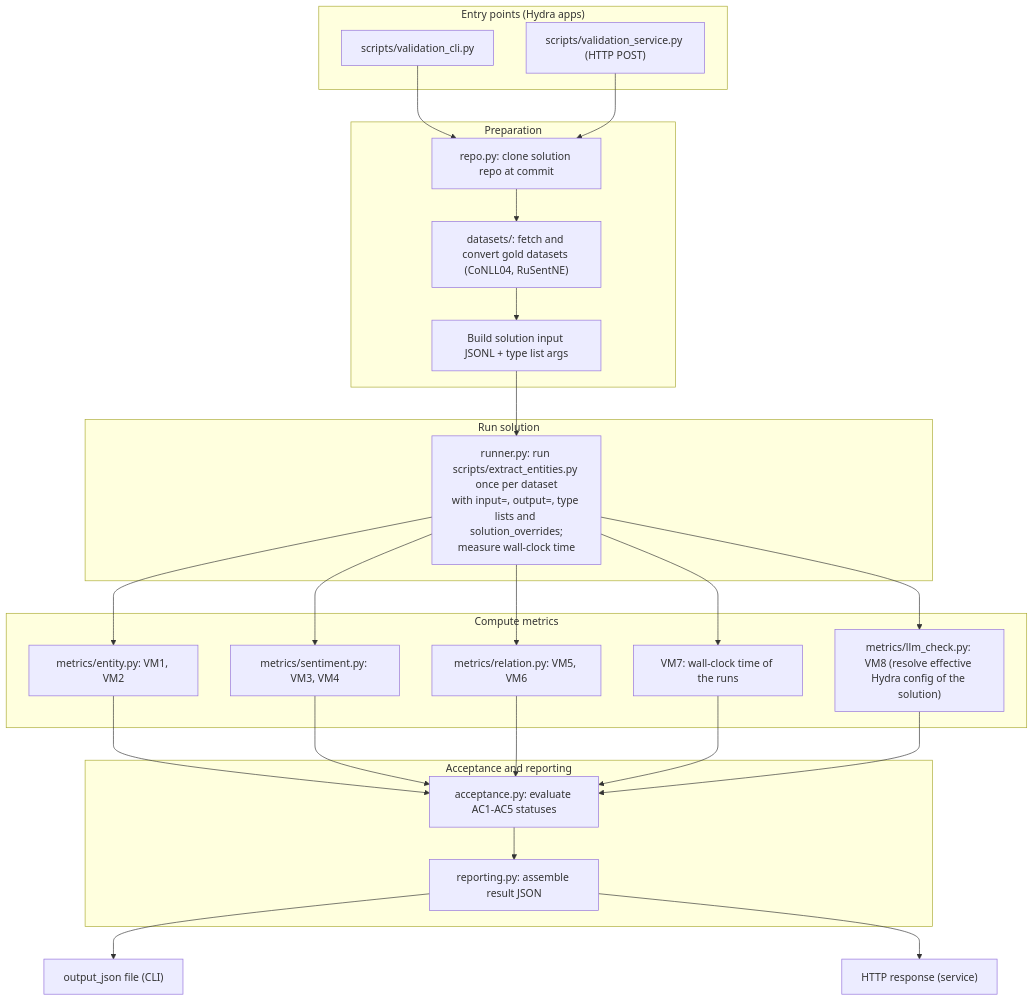
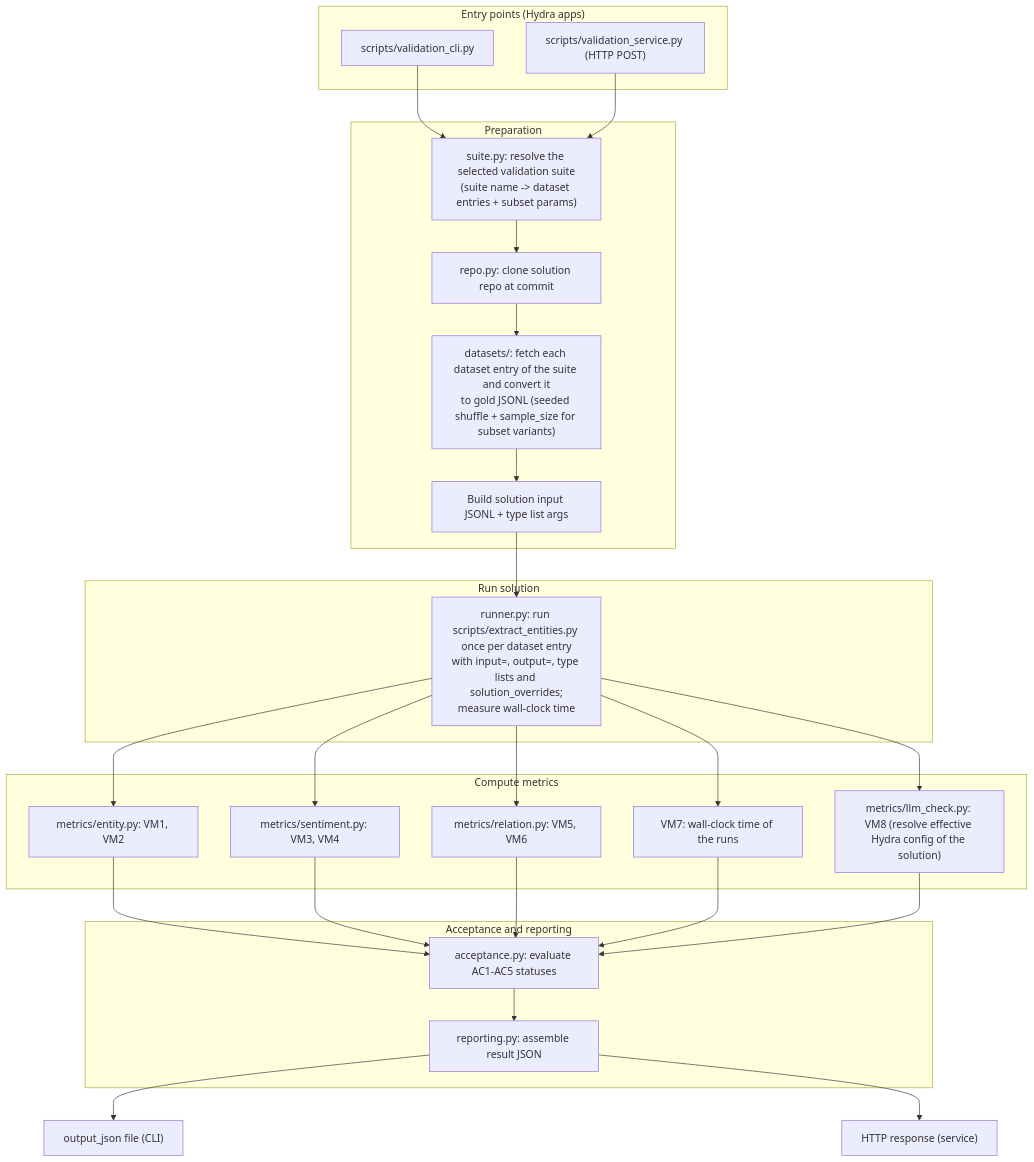
Before and after one commit to anton-pershin/entity-processing-validation: the first of 2 diagrams in .internal/validation-spec.md, drawn with Mermaid. The commit also changed other lines of this file and 22 other files, not shown here.

Commit message:
Add validation suites (full-scale and small-scale datasets)

````diff
--- a/.internal/validation-spec.md
+++ b/.internal/validation-spec.md
@@ -92,38 +113,39 @@
 ```mermaid
 flowchart TD
     subgraph Entry["Entry points (Hydra apps)"]
         C["scripts/validation_cli.py"]
         H["scripts/validation_service.py (HTTP POST)"]
     end
 
     subgraph Prep["Preparation"]
+        P0["suite.py: resolve the selected validation suite<br/>(suite name -> dataset entries + subset params)"]
         P1["repo.py: clone solution repo at commit"]
-        P2["datasets/: fetch and convert gold datasets (CoNLL04, RuSentNE)"]
+        P2["datasets/: fetch each dataset entry of the suite and convert it<br/>to gold JSONL (seeded shuffle + sample_size for subset variants)"]
         P3["Build solution input JSONL + type list args"]
     end
 
     subgraph Run["Run solution"]
-        R["runner.py: run scripts/extract_entities.py once per dataset<br/>with input=, output=, type lists and solution_overrides;<br/>measure wall-clock time"]
+        R["runner.py: run scripts/extract_entities.py once per dataset entry<br/>with input=, output=, type lists and solution_overrides;<br/>measure wall-clock time"]
     end
 
     subgraph Measure["Compute metrics"]
         M1["metrics/entity.py: VM1, VM2"]
         M2["metrics/sentiment.py: VM3, VM4"]
         M3["metrics/relation.py: VM5, VM6"]
         M4["VM7: wall-clock time of the runs"]
         M5["metrics/llm_check.py: VM8 (resolve effective Hydra config of the solution)"]
     end
 
     subgraph Decide["Acceptance and reporting"]
         A1["acceptance.py: evaluate AC1-AC5 statuses"]
         A2["reporting.py: assemble result JSON"]
     end
 
-    C --> P1
-    H --> P1
-    P1 --> P2 --> P3 --> R
+    C --> P0
+    H --> P0
+    P0 --> P1 --> P2 --> P3 --> R
     R --> M1 & M2 & M3 & M4 & M5
     M1 & M2 & M3 & M4 & M5 --> A1 --> A2
     A2 --> O1["output_json file (CLI)"]
     A2 --> O2["HTTP response (service)"]
 ```
````
